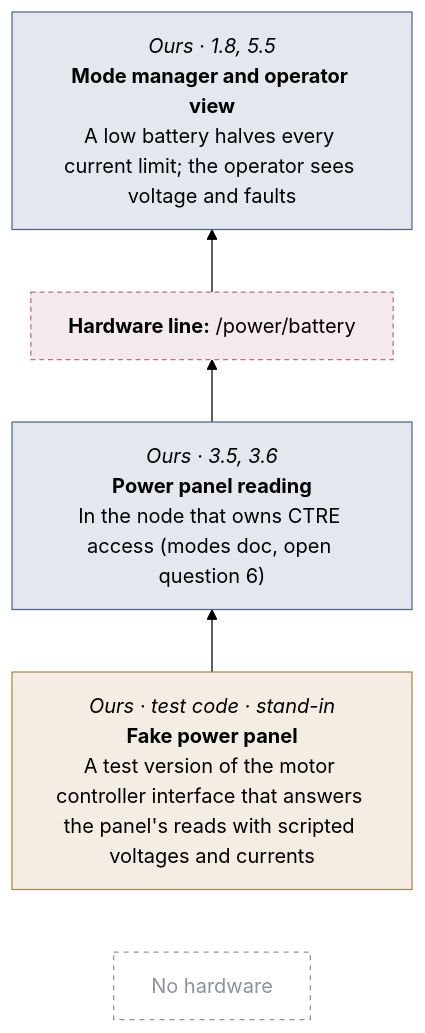
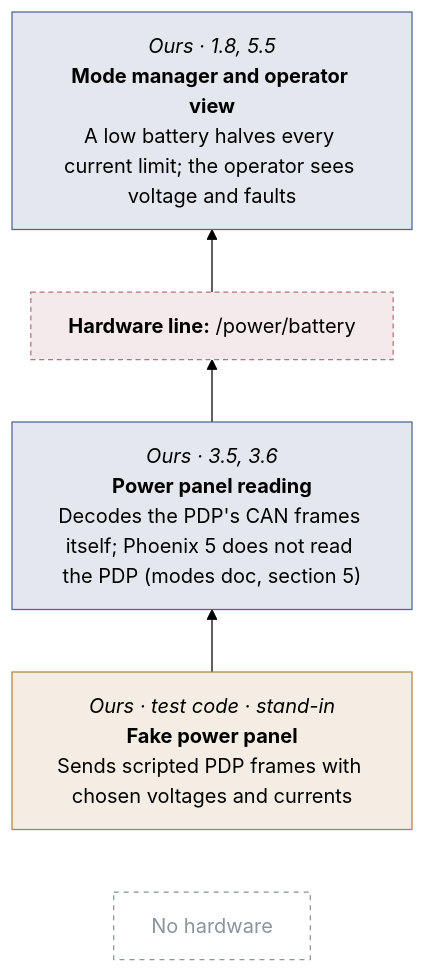
Before and after one commit to STAR-Robotics-Team/starrt-luna-software: the tenth of 30 diagrams in docs/design/hardware-test-modes.md, drawn with Mermaid (forest theme). The commit also changed other lines of this file and 10 other files, not shown here.

First line of the commit message:
Settle the charge limit and computer battery, and read the PDP over CAN

````diff
--- a/docs/design/hardware-test-modes.md
+++ b/docs/design/hardware-test-modes.md
@@ -577,33 +579,33 @@
 ```mermaid
 ---
 config:
   flowchart:
     wrappingWidth: 260
 ---
 flowchart BT
   b1["`*Ours · 1.8, 5.5*
 **Mode manager and operator view**
 A low battery halves every current limit; the operator sees voltage and faults`"]
   line2["`**Hardware line:** /power/battery`"]
   b3["`*Ours · 3.5, 3.6*
 **Power panel reading**
-In the node that owns CTRE access (modes doc, open question 6)`"]
+Decodes the PDP's CAN frames itself; Phoenix 5 does not read the PDP (modes doc, section 5)`"]
   b4["`*Ours · test code · stand-in*
 **Fake power panel**
-A test version of the motor controller interface that answers the panel's reads with scripted voltages and currents`"]
+Sends scripted PDP frames with chosen voltages and currents`"]
   none5["No hardware"]
   line2 --> b1
   b3 --> line2
   b4 --> b3
   none5 ~~~ b4
   classDef ours fill:#4c669026,stroke:#4c6690
   classDef ros fill:#8b939c1f,stroke:#8b939c
   classDef stand fill:#b0844526,stroke:#b08445
   classDef hw fill:#4a725926,stroke:#4a7259
   classDef hwline fill:#b9707c26,stroke:#b9707c,stroke-dasharray:4 3
   classDef ghost fill:none,stroke:#8b939c,stroke-dasharray:4 4,color:#8b939c
   class b1,b3 ours
   class line2 hwline
   class b4 stand
   class none5 ghost
 ```
````
